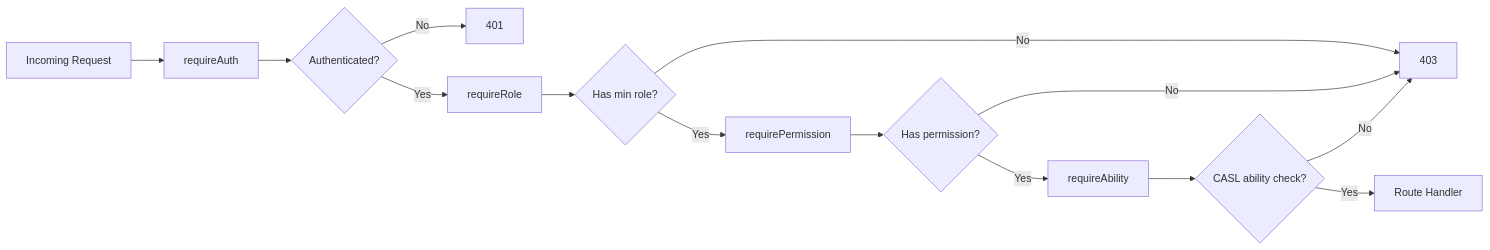
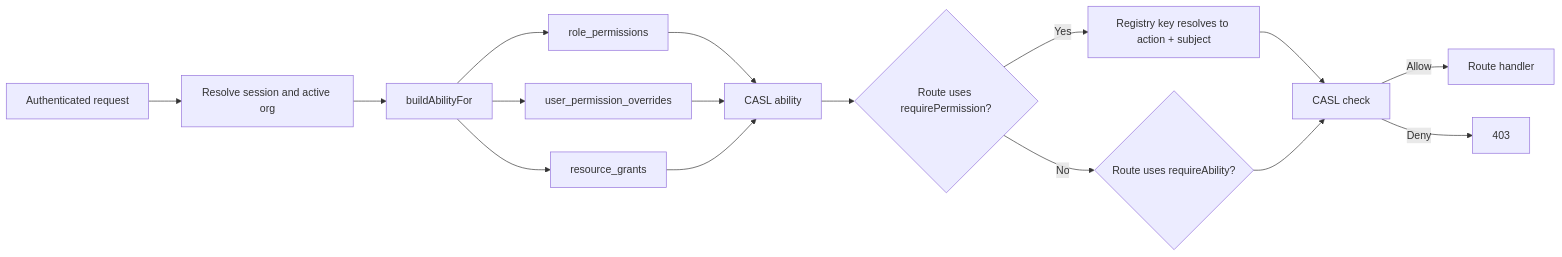
One commit to b-knowledge-solution/b-knowledge changed the second of 2 diagrams in docs/detail-design/auth/overview.md. Above: the diagram before and after it, drawn with Mermaid. The commit also changed other lines of this file and 391 other files, not shown here.

````diff
--- a/docs/detail-design/auth/overview.md
+++ b/docs/detail-design/auth/overview.md
@@ -60,16 +32,18 @@
 ```mermaid
 flowchart LR
-    A[Incoming Request] --> B[requireAuth]
-    B --> C{Authenticated?}
-    C -->|No| D[401]
-    C -->|Yes| E[requireRole]
-    E --> F{Has min role?}
-    F -->|No| G[403]
-    F -->|Yes| H[requirePermission]
-    H --> I{Has permission?}
-    I -->|No| G
-    I -->|Yes| J[requireAbility]
-    J --> K{CASL ability check?}
-    K -->|No| G
-    K -->|Yes| L[Route Handler]
+    A[Authenticated request] --> B[Resolve session and active org]
+    B --> C[buildAbilityFor]
+    C --> D[role_permissions]
+    C --> E[user_permission_overrides]
+    C --> F[resource_grants]
+    D --> G[CASL ability]
+    E --> G
+    F --> G
+    G --> H{Route uses requirePermission?}
+    H -->|Yes| I[Registry key resolves to action + subject]
+    H -->|No| J{Route uses requireAbility?}
+    I --> K[CASL check]
+    J --> K
+    K -->|Allow| L[Route handler]
+    K -->|Deny| M[403]
 ```
````
